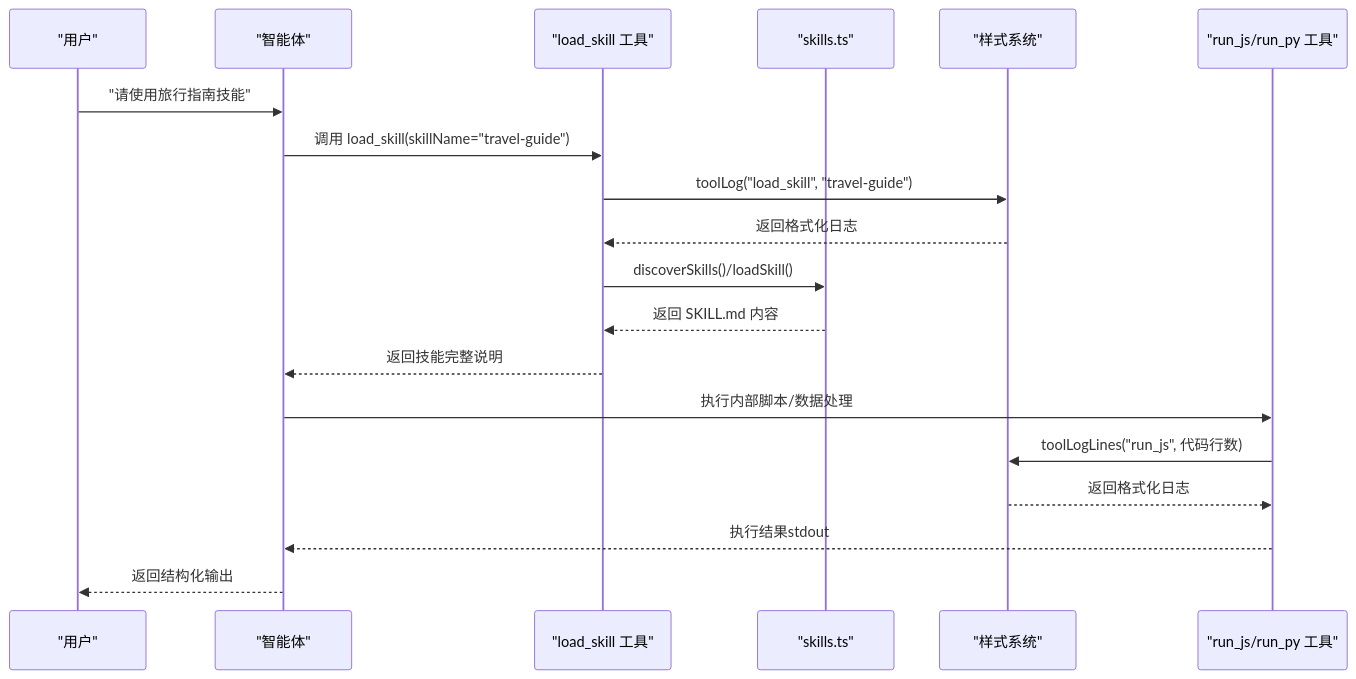
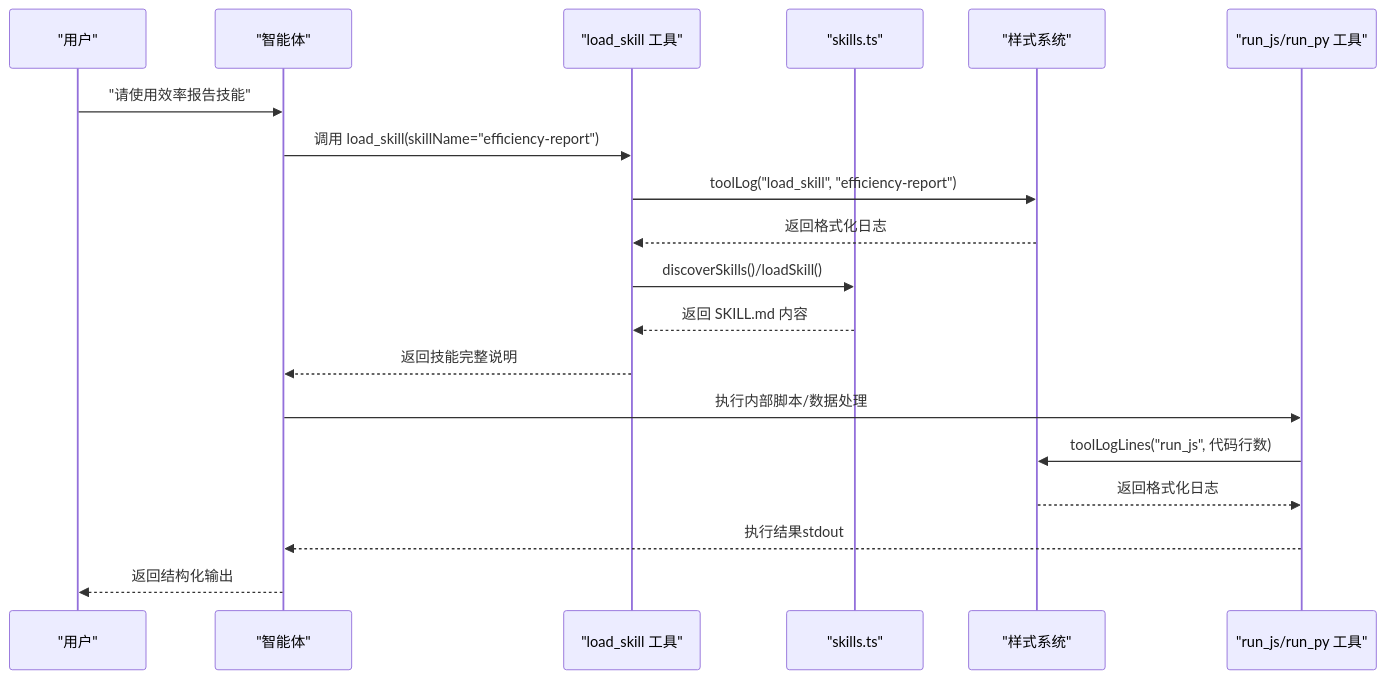
The second of 7 diagrams in .qoder/repowiki/zh/content/技能系统/技能系统.md (HAOFUYANG/onion-code), drawn with Mermaid before and after one commit. The commit also changed other lines of this file and 3 other files, not shown here.

````diff
--- a/.qoder/repowiki/zh/content/技能系统/技能系统.md
+++ b/.qoder/repowiki/zh/content/技能系统/技能系统.md
@@ -144,21 +162,21 @@
 ```mermaid
 sequenceDiagram
 participant U as "用户"
 participant A as "智能体"
 participant LS as "load_skill 工具"
 participant ST as "skills.ts"
 participant Style as "样式系统"
 participant RS as "run_js/run_py 工具"
-U->>A : "请使用旅行指南技能"
-A->>LS : 调用 load_skill(skillName="travel-guide")
-LS->>Style : toolLog("load_skill", "travel-guide")
+U->>A : "请使用效率报告技能"
+A->>LS : 调用 load_skill(skillName="efficiency-report")
+LS->>Style : toolLog("load_skill", "efficiency-report")
 Style-->>LS : 返回格式化日志
 LS->>ST : discoverSkills()/loadSkill()
 ST-->>LS : 返回 SKILL.md 内容
 LS-->>A : 返回技能完整说明
 A->>RS : 执行内部脚本/数据处理
 RS->>Style : toolLogLines("run_js", 代码行数)
 Style-->>RS : 返回格式化日志
 RS-->>A : 执行结果stdout
 A-->>U : 返回结构化输出
 ```
````
